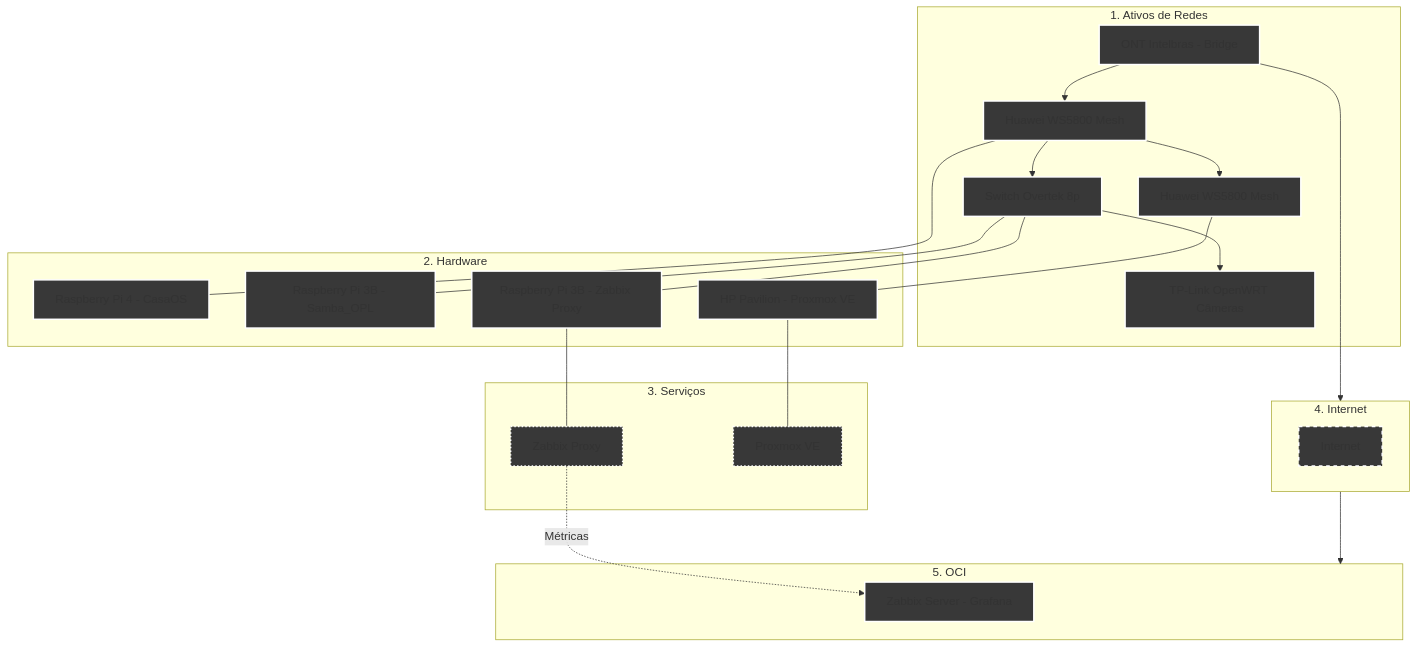
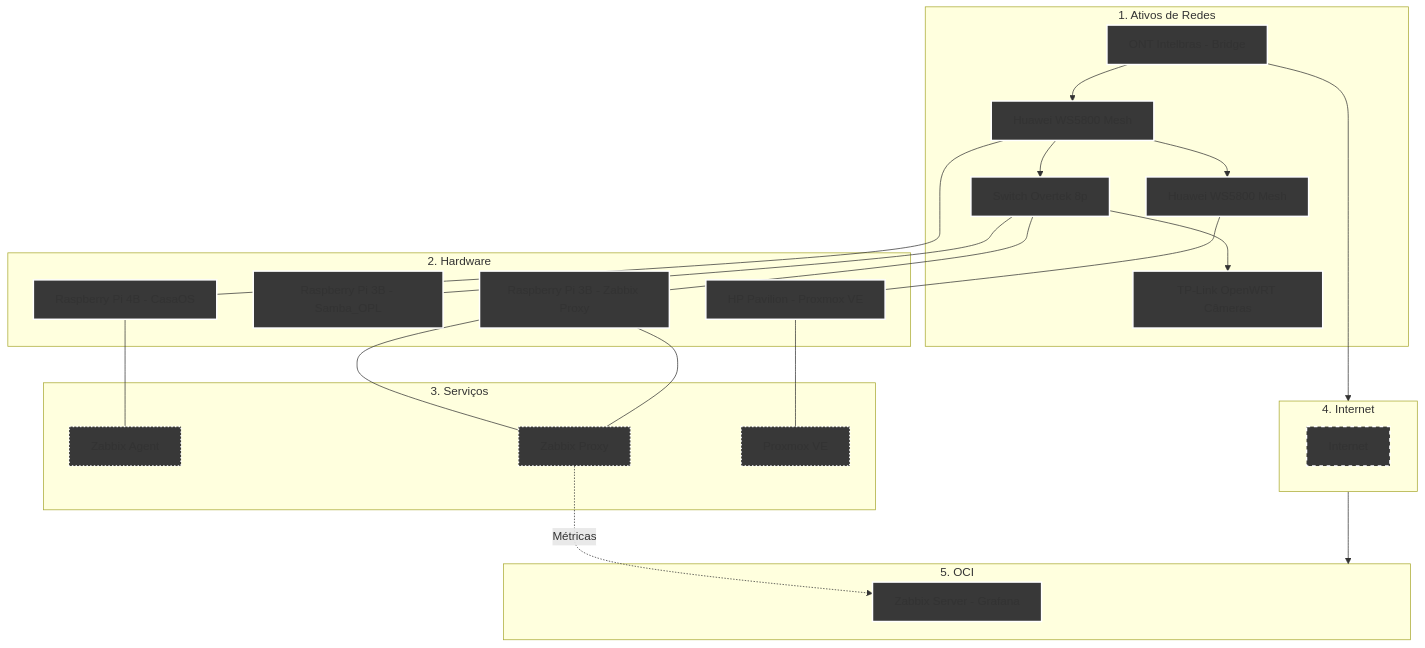
The diagram in Infraestructure/README.md (kevindexter22/Dr-Hardware-Autonet), drawn with Mermaid before and after one commit.

````diff
--- a/Infraestructure/README.md
+++ b/Infraestructure/README.md
@@ -13,49 +13,52 @@
 ```mermaid
 graph TD
     %% Estilos
     classDef rede fill:#383838,stroke:#FFFFFF,stroke-width:2px;
     classDef hardware fill:#383838,stroke:#FFFFFF,stroke-width:2px;
     classDef internet fill:#383838,stroke:#FFFFFF,stroke-width:2px,stroke-dasharray: 5 5;
     classDef serviços fill:#383838,stroke:#FFFFFF,stroke-width:2px, stroke-dasharray: 2 3;
     classDef oci fill:#383838,stroke:#FFFFFF,stroke-width:2px;
 
     %% 1. ATIVOS DE REDE
     subgraph S1 [1. Ativos de Redes]
         ONT[ONT Intelbras - Bridge]:::rede --> R_Mesh1[Huawei WS5800 Mesh]:::rede
         R_Mesh1 --> R_Mesh2[Huawei WS5800 Mesh]:::rede
         R_Mesh1 --> SW1[Switch Overtek 8p]:::rede
         SW1 --> R_Cams[TP-Link OpenWRT Câmeras]:::rede
     end
 
     %% 2. HARDWARE
     subgraph S2 [2. Hardware]
-        R_Mesh1 --- RPi4[Raspberry Pi 4 - CasaOS]:::hardware
+        R_Mesh1 --- RPi4B[Raspberry Pi 4B - CasaOS]:::hardware
         SW1 --- RPi3B_1[Raspberry Pi 3B - Samba_OPL]:::hardware
         SW1 --- RPi3B_2[Raspberry Pi 3B - Zabbix Proxy]:::hardware
         R_Mesh2 --- HP[HP Pavilion - Proxmox VE]:::hardware
     end
 
     %% 3. SERVIÇOS     
-    subgraph S3 [3. Serviços];    
+    subgraph S3 [3. Serviços];
+        RPi4B --- ZA[Zabbix Agent]:::serviços
+        RPi3B_2 --- ZP[Zabbix Agent]:::serviços
         RPi3B_2 --- ZP[Zabbix Proxy]:::serviços
-        HP --- PVE[Proxmox VE]:::serviços
+        HP --- PVE[Proxmox VE]:::serviços        
     end
 
     %% 4. Internet (A PONTE)
     subgraph S4 [4. Internet]
            internet[Internet]:::internet
     end
 
     %% 5. OCI
     subgraph S5 [5. OCI]
         ZS[Zabbix Server - Grafana]:::oci
     end
 
     %% Conexões de Fluxo de Dados para manter a ordem
     ONT --> S4
     S4 --> S5
     
     %% Relacionamentos lógicos (setas duplas para replicação)
     ZP -.-> |Métricas| ZS
+    
 
 ```
````
